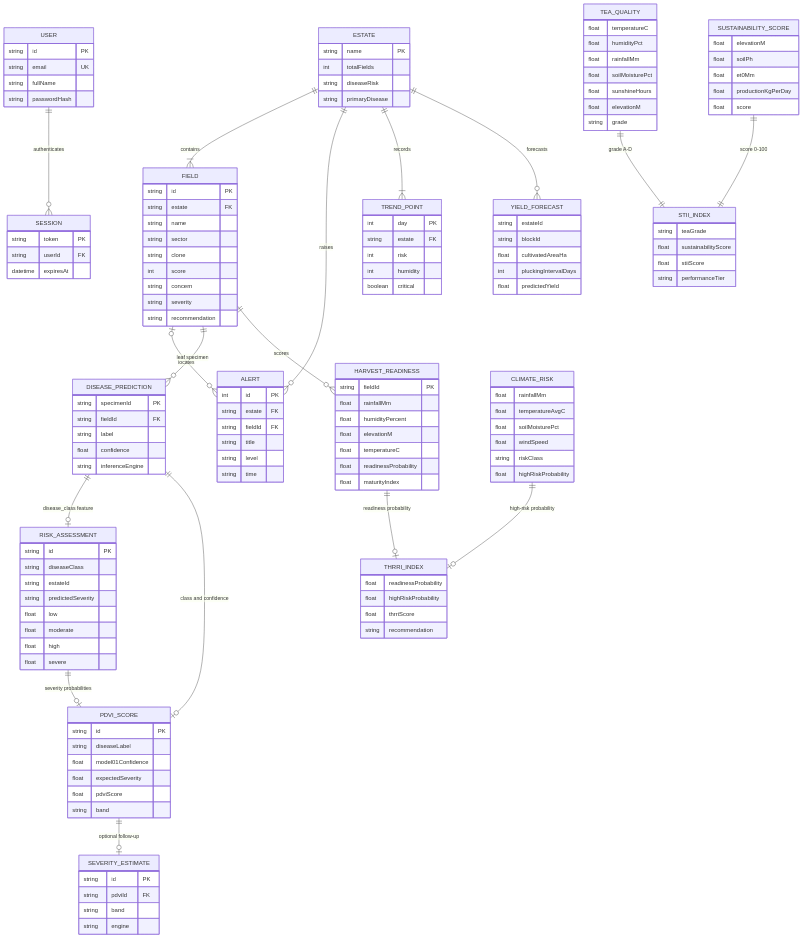
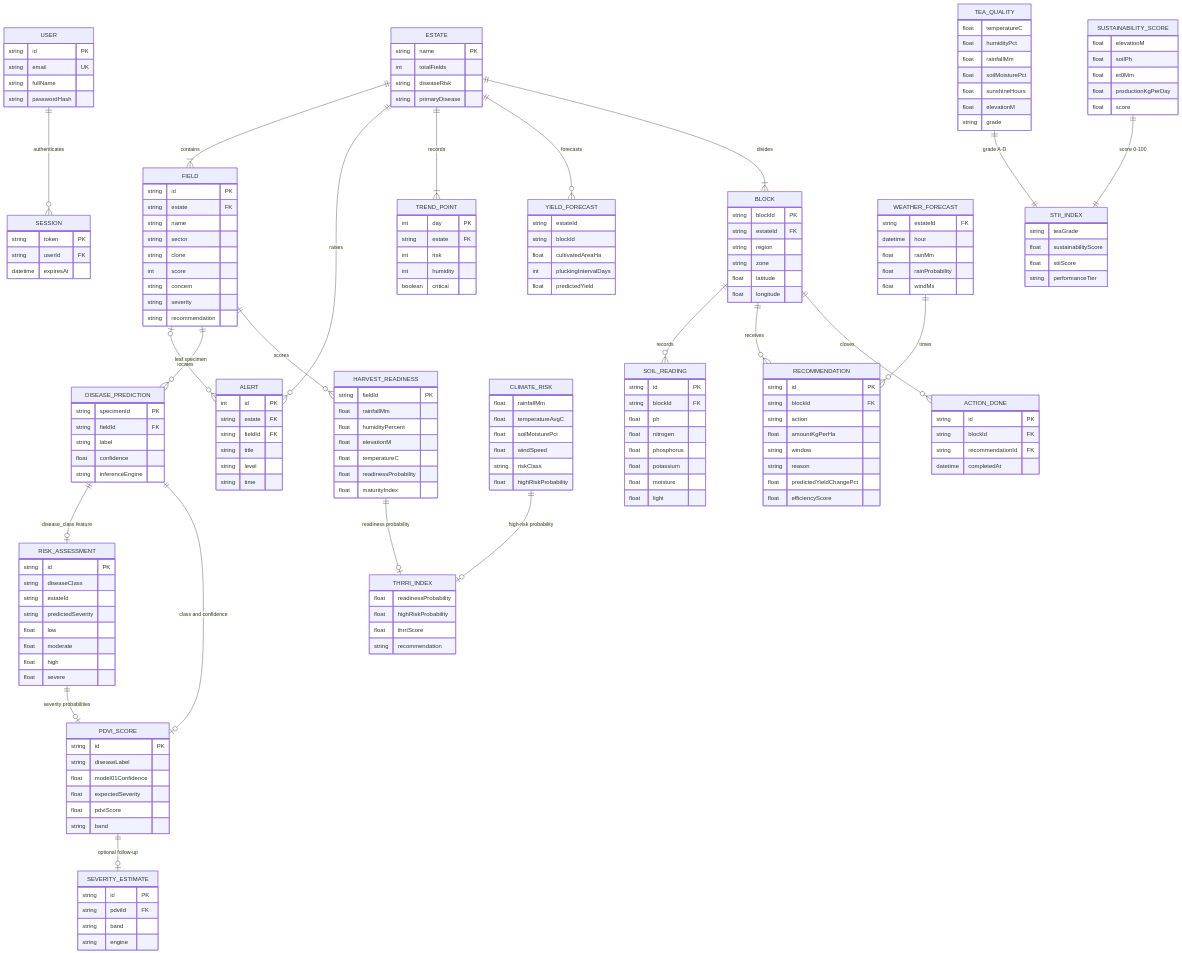
The third of 4 diagrams in README.md (yugensuresh/smarttea-lk-ai), drawn with Mermaid before and after one commit. The commit also changed other lines of this file, not shown here.

````diff
--- a/README.md
+++ b/README.md
@@ -162,6 +235,11 @@
     HARVEST_READINESS ||--o| THRRI_INDEX : "readiness probability"
     TEA_QUALITY ||--|| STII_INDEX : "grade A-D"
     SUSTAINABILITY_SCORE ||--|| STII_INDEX : "score 0-100"
+    ESTATE ||--|{ BLOCK : divides
+    BLOCK ||--o{ SOIL_READING : records
+    BLOCK ||--o{ RECOMMENDATION : receives
+    BLOCK ||--o{ ACTION_DONE : closes
+    WEATHER_FORECAST ||--o{ RECOMMENDATION : times
 
     USER {
         string id PK
@@ -289,4 +367,45 @@
         float stiiScore
         string performanceTier
     }
+    BLOCK {
+        string blockId PK
+        string estateId FK
+        string region
+        string zone
+        float latitude
+        float longitude
+    }
+    SOIL_READING {
+        string id PK
+        string blockId FK
+        float ph
+        float nitrogen
+        float phosphorus
+        float potassium
+        float moisture
+        float light
+    }
+    WEATHER_FORECAST {
+        string estateId FK
+        datetime hour
+        float rainMm
+        float rainProbability
+        float windMs
+    }
+    RECOMMENDATION {
+        string id PK
+        string blockId FK
+        string action
+        float amountKgPerHa
+        string window
+        string reason
+        float predictedYieldChangePct
+        float efficiencyScore
+    }
+    ACTION_DONE {
+        string id PK
+        string blockId FK
+        string recommendationId FK
+        datetime completedAt
+    }
 ```
````
